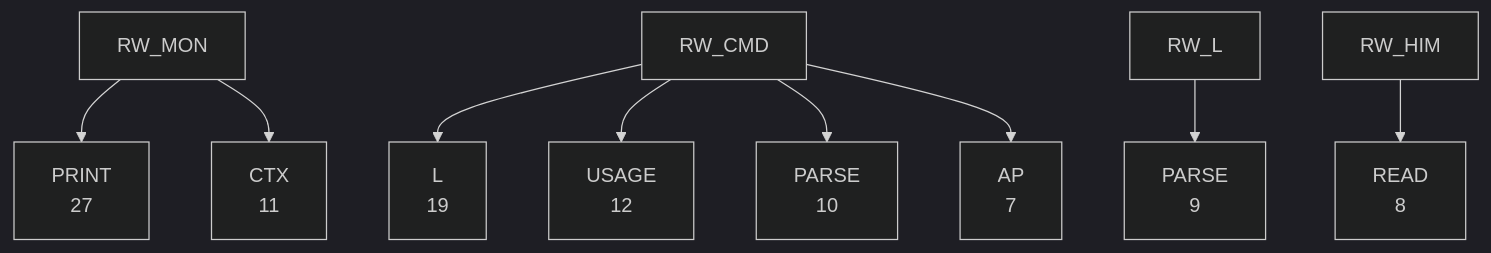
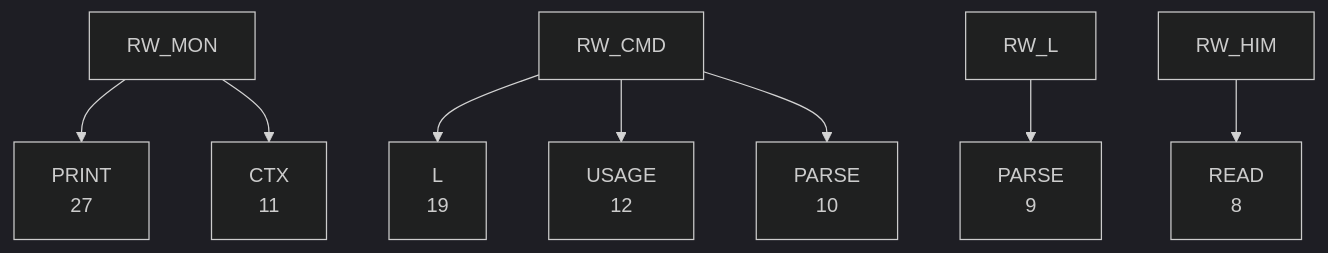
The third of 6 diagrams in DOC/GENERATED/ROUTINE_WORD_TREE.md (95westus/R-YORS), drawn with Mermaid (dark theme) before and after one commit. The commit also changed other lines of this file and 14 other files, not shown here.

````diff
--- a/DOC/GENERATED/ROUTINE_WORD_TREE.md
+++ b/DOC/GENERATED/ROUTINE_WORD_TREE.md
@@ -46,11 +46,10 @@
 ```mermaid
 flowchart TD
     RW_MON --> RW_MON_PRINT["PRINT<br/>27"]
     RW_CMD --> RW_CMD_L["L<br/>19"]
     RW_CMD --> RW_CMD_USAGE["USAGE<br/>12"]
     RW_MON --> RW_MON_CTX["CTX<br/>11"]
     RW_CMD --> RW_CMD_PARSE["PARSE<br/>10"]
     RW_L --> RW_L_PARSE["PARSE<br/>9"]
     RW_HIM --> RW_HIM_READ["READ<br/>8"]
-    RW_CMD --> RW_CMD_AP["AP<br/>7"]
 ```
````
